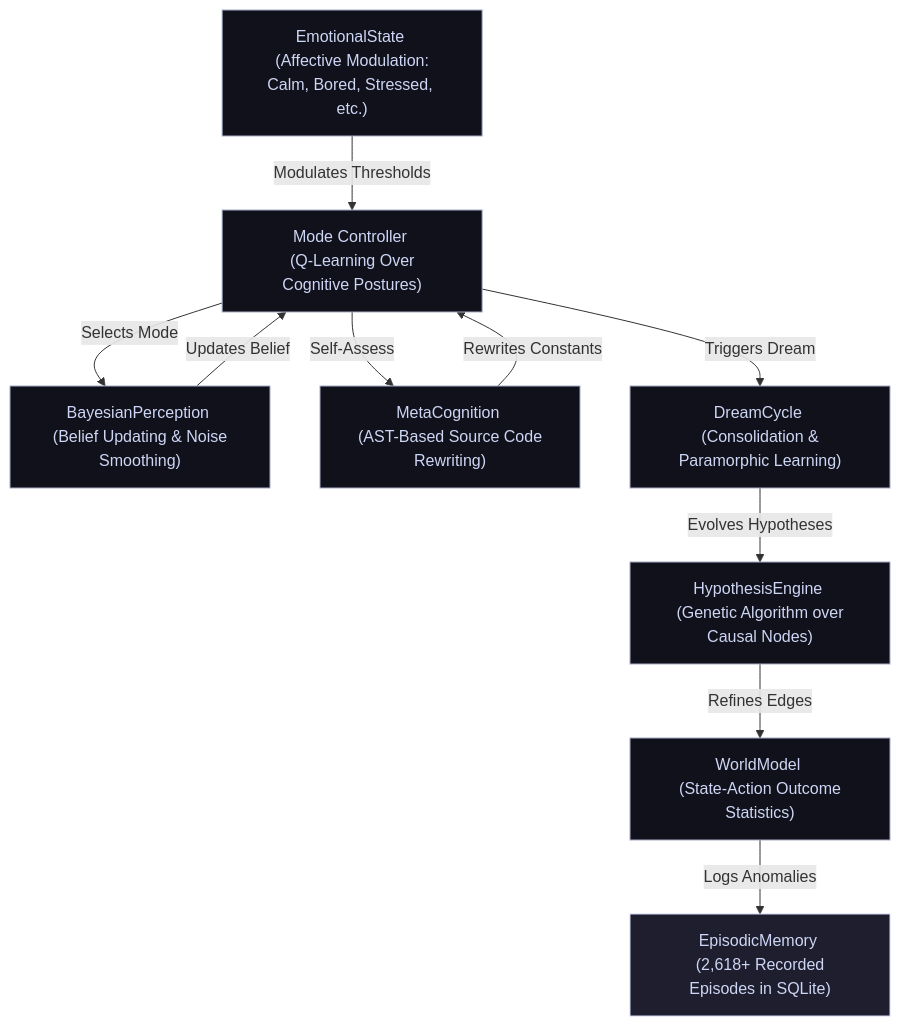
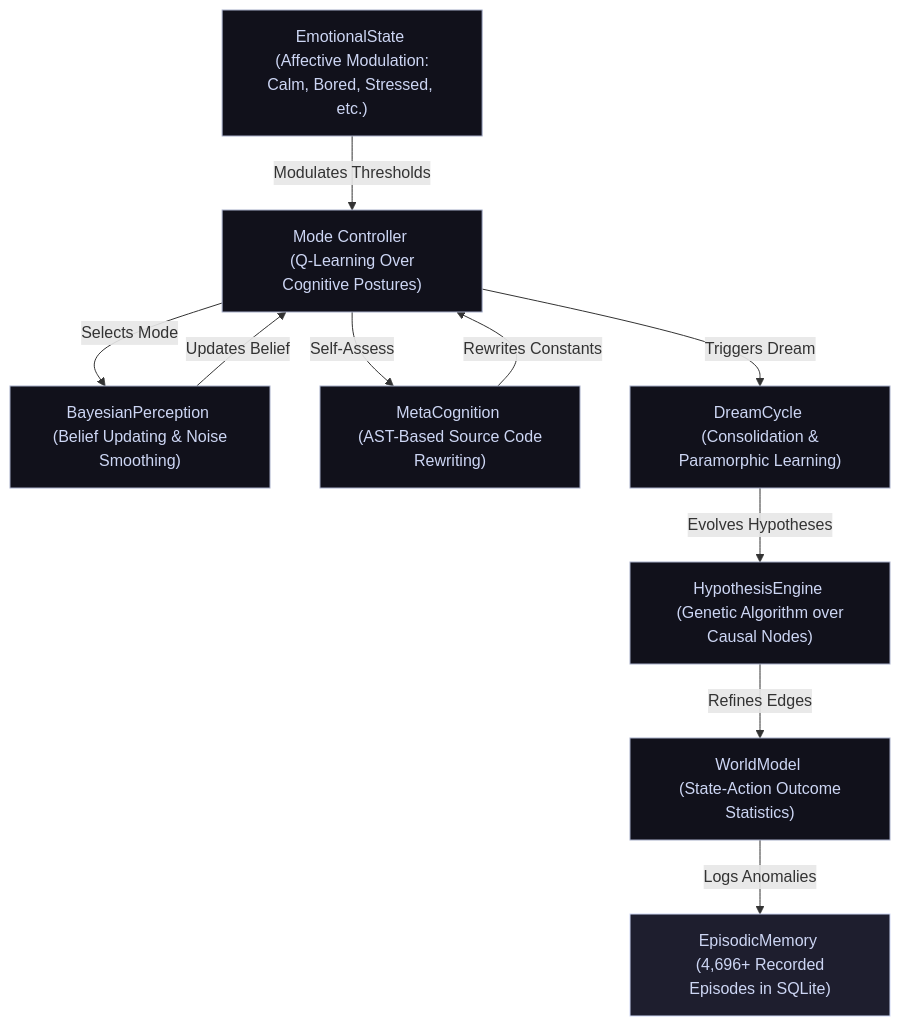
One commit to mematron/Minuet changed the diagram in README.md. Above: the diagram before and after it, drawn with Mermaid. The commit also changed other lines of this file, not shown here.

````diff
--- a/README.md
+++ b/README.md
@@ -74,26 +74,26 @@
 ```mermaid
 graph TD
     %% Styling Configuration
     classDef default fill:#11111b,stroke:#a6adc8,stroke-width:1px,color:#cdd6f4;
     classDef memory fill:#1e1e2e,stroke:#cdd6f4,stroke-width:1px,color:#cdd6f4;
     
     ModeController["Mode Controller <br/> (Q-Learning Over Cognitive Postures)"]
-    EpisodicMemory["EpisodicMemory <br/> (2,618+ Recorded Episodes in SQLite)"]:::memory
+    EpisodicMemory["EpisodicMemory <br/> (4,696+ Recorded Episodes in SQLite)"]:::memory
     BayesianPerception["BayesianPerception <br/> (Belief Updating & Noise Smoothing)"]
     WorldModel["WorldModel <br/> (State-Action Outcome Statistics)"]
     EmotionalState["EmotionalState <br/> (Affective Modulation: Calm, Bored, Stressed, etc.)"]
     HypothesisEngine["HypothesisEngine <br/> (Genetic Algorithm over Causal Nodes)"]
     MetaCognition["MetaCognition <br/> (AST-Based Source Code Rewriting)"]
     DreamCycle["DreamCycle <br/> (Consolidation & Paramorphic Learning)"]
     
     %% Interconnections
     ModeController -->|Selects Mode| BayesianPerception
     BayesianPerception -->|Updates Belief| ModeController
     EmotionalState -->|Modulates Thresholds| ModeController
     ModeController -->|Triggers Dream| DreamCycle
     DreamCycle -->|Evolves Hypotheses| HypothesisEngine
     HypothesisEngine -->|Refines Edges| WorldModel
     WorldModel -->|Logs Anomalies| EpisodicMemory
     ModeController -->|Self-Assess| MetaCognition
     MetaCognition -->|Rewrites Constants| ModeController
 ```
````
